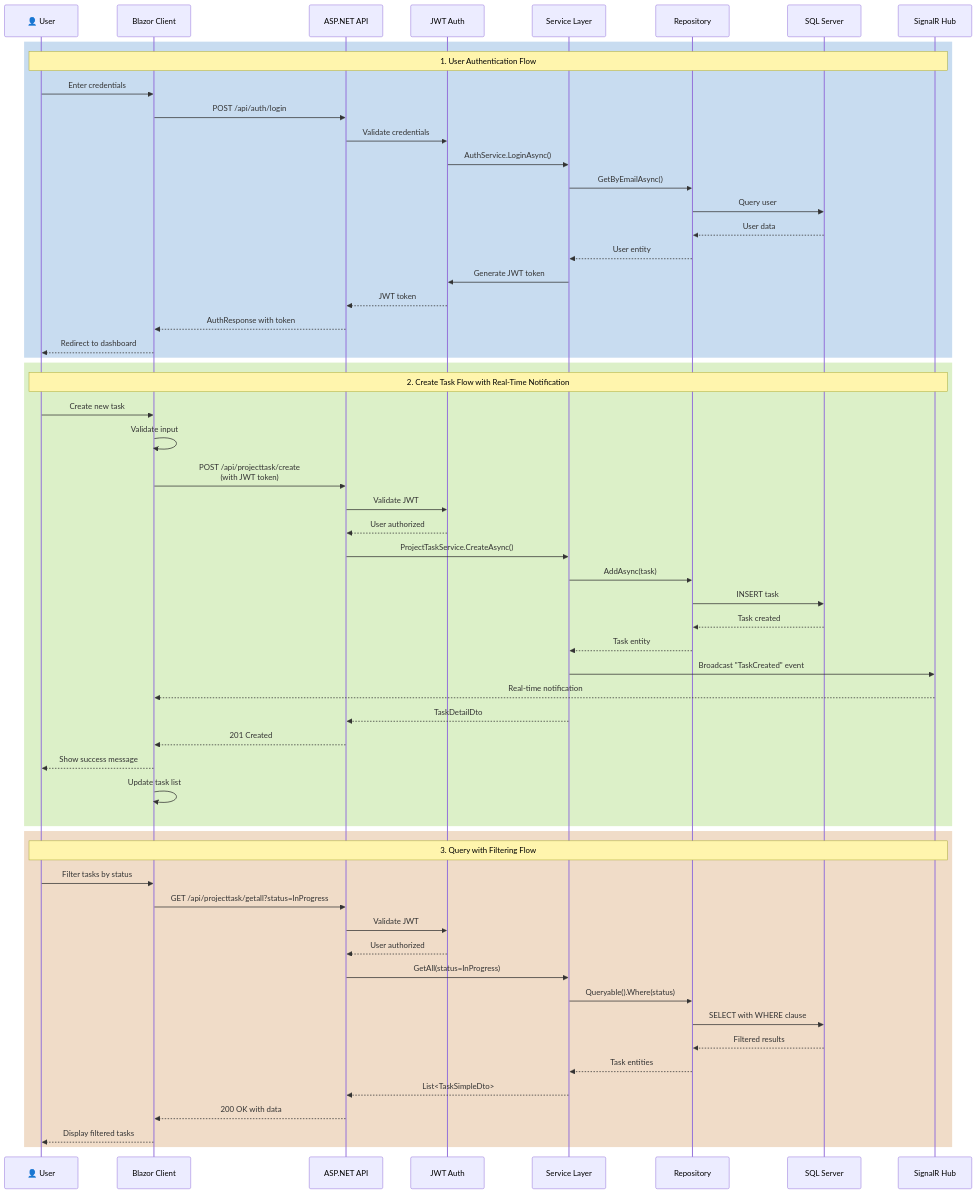
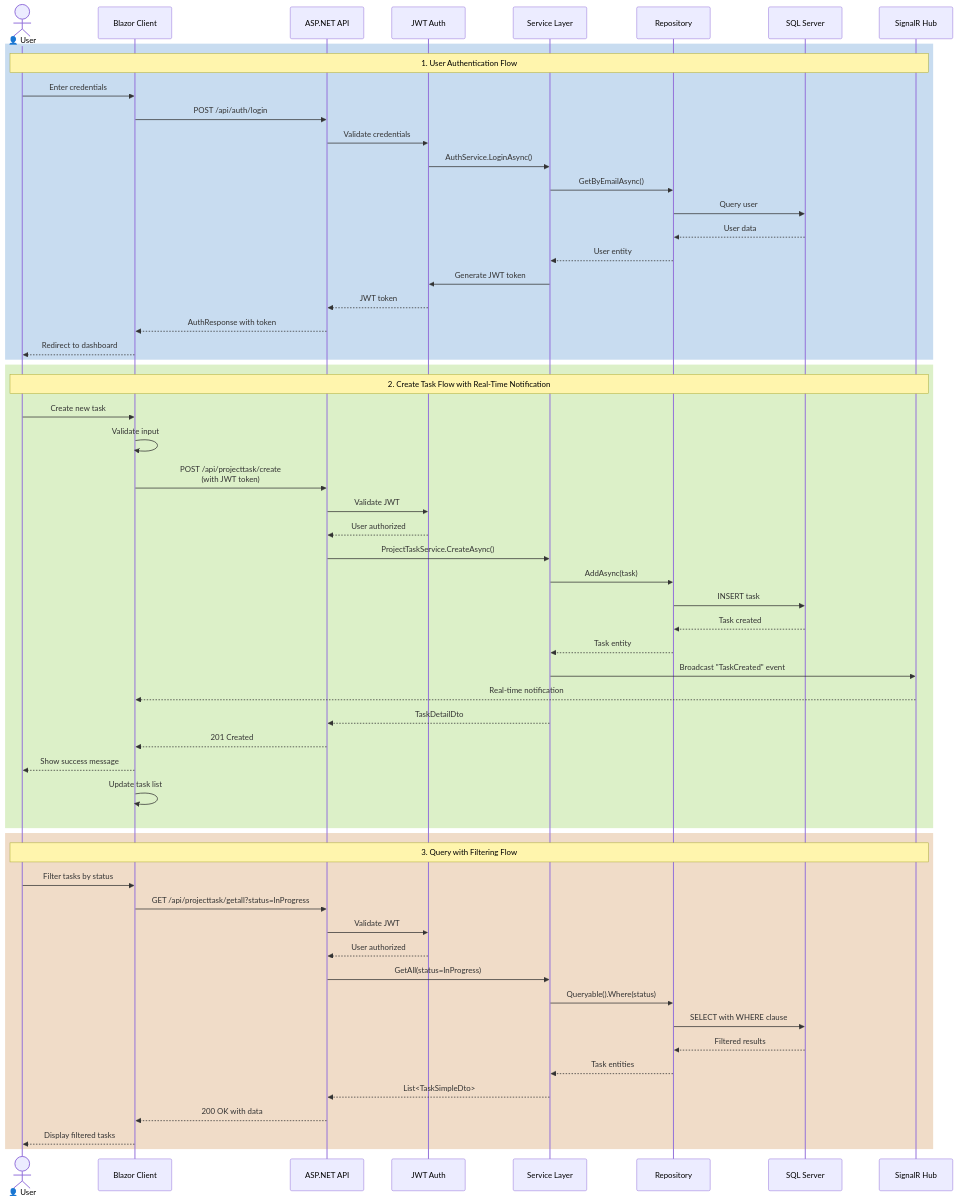
The second of 2 diagrams in README.md (Averelakos/FocusFlow), drawn with Mermaid before and after one commit. The commit also changed other lines of this file, not shown here.

````diff
--- a/README.md
+++ b/README.md
@@ -562,63 +491,63 @@
 ```mermaid
 sequenceDiagram
-    participant User as 👤 User
+    actor User as 👤 User
     participant Client as Blazor Client
     participant API as ASP.NET API
     participant Auth as JWT Auth
     participant Service as Service Layer
     participant Repo as Repository
     participant DB as SQL Server
     participant SignalR as SignalR Hub
 
     rect rgb(200, 220, 240)
         Note over User,SignalR: 1. User Authentication Flow
         User->>Client: Enter credentials
         Client->>API: POST /api/auth/login
         API->>Auth: Validate credentials
         Auth->>Service: AuthService.LoginAsync()
         Service->>Repo: GetByEmailAsync()
         Repo->>DB: Query user
         DB-->>Repo: User data
         Repo-->>Service: User entity
         Service->>Auth: Generate JWT token
         Auth-->>API: JWT token
         API-->>Client: AuthResponse with token
         Client-->>User: Redirect to dashboard
     end
 
     rect rgb(220, 240, 200)
         Note over User,SignalR: 2. Create Task Flow with Real-Time Notification
         User->>Client: Create new task
         Client->>Client: Validate input
         Client->>API: POST /api/projecttask/create<br/>(with JWT token)
         API->>Auth: Validate JWT
         Auth-->>API: User authorized
         API->>Service: ProjectTaskService.CreateAsync()
         Service->>Repo: AddAsync(task)
         Repo->>DB: INSERT task
         DB-->>Repo: Task created
         Repo-->>Service: Task entity
         Service->>SignalR: Broadcast "TaskCreated" event
         SignalR-->>Client: Real-time notification
         Service-->>API: TaskDetailDto
         API-->>Client: 201 Created
         Client-->>User: Show success message
         Client->>Client: Update task list
     end
 
     rect rgb(240, 220, 200)
         Note over User,SignalR: 3. Query with Filtering Flow
         User->>Client: Filter tasks by status
         Client->>API: GET /api/projecttask/getall?status=InProgress
         API->>Auth: Validate JWT
         Auth-->>API: User authorized
         API->>Service: GetAll(status=InProgress)
         Service->>Repo: Queryable().Where(status)
         Repo->>DB: SELECT with WHERE clause
         DB-->>Repo: Filtered results
         Repo-->>Service: Task entities
         Service-->>API: List<TaskSimpleDto>
         API-->>Client: 200 OK with data
         Client-->>User: Display filtered tasks
     end
 ```
````
